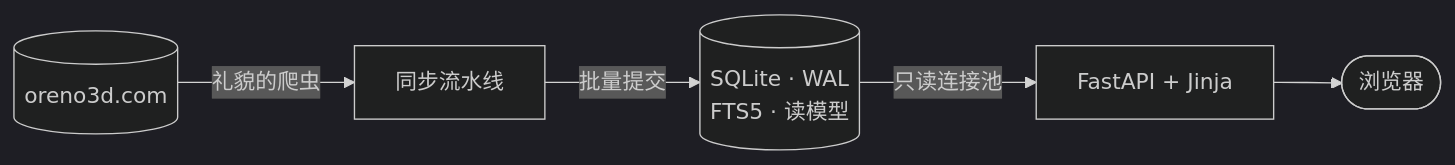
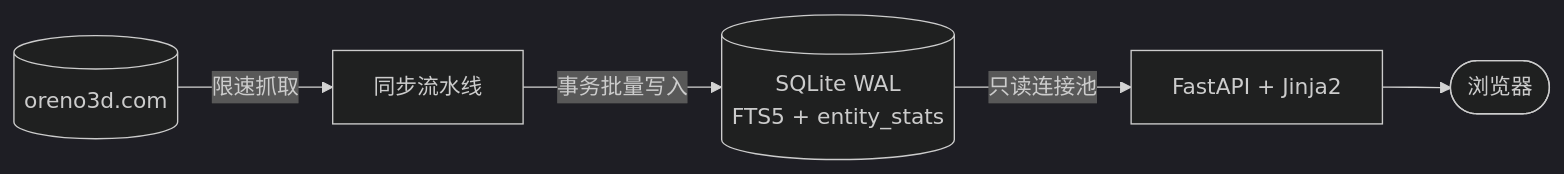
Before and after one commit to beautifulrem/iwara-search: the diagram in README.zh-CN.md, drawn with Mermaid (dark theme). The commit also changed other lines of this file and 33 other files, not shown here.

````diff
--- a/README.zh-CN.md
+++ b/README.zh-CN.md
@@ -153,7 +170,7 @@
 ```mermaid
 flowchart LR
-    site[(oreno3d.com)] -->|礼貌的爬虫| sync[同步流水线]
-    sync -->|批量提交| db[(SQLite · WAL<br/>FTS5 · 读模型)]
-    db -->|只读连接池| web[FastAPI + Jinja]
-    web --> you([浏览器])
+    site[(oreno3d.com)] -->|限速抓取| sync[同步流水线]
+    sync -->|事务批量写入| db[(SQLite WAL<br/>FTS5 + entity_stats)]
+    db -->|只读连接池| web[FastAPI + Jinja2]
+    web --> client([浏览器])
 ```
````
